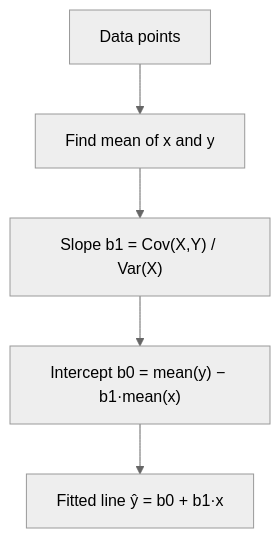
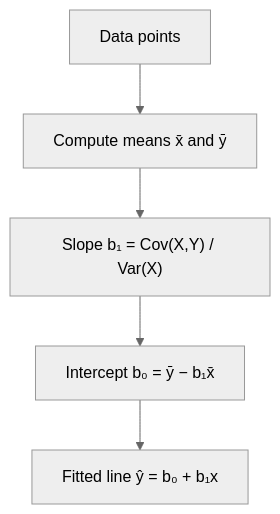
One commit to mhd-riaz/data-scientist-roadmap changed the sixth of 10 diagrams in semester-1/05-supervised-ml-regression/notes/02-linear-regression.md. Above: the diagram before and after it, drawn with Mermaid (neutral theme). The commit also changed other lines of this file and 5 other files, not shown here.

````diff
--- a/semester-1/05-supervised-ml-regression/notes/02-linear-regression.md
+++ b/semester-1/05-supervised-ml-regression/notes/02-linear-regression.md
@@ -124,7 +272,7 @@
 ```mermaid
 flowchart TD
-    A[Data points] --> B[Find mean of x and y]
-    B --> C["Slope b1 = Cov(X,Y) / Var(X)"]
-    C --> D["Intercept b0 = mean(y) − b1·mean(x)"]
-    D --> E[Fitted line ŷ = b0 + b1·x]
+    A[Data points] --> B["Compute means x̄ and ȳ"]
+    B --> C["Slope b₁ = Cov(X,Y) / Var(X)"]
+    C --> D["Intercept b₀ = ȳ − b₁x̄"]
+    D --> E["Fitted line ŷ = b₀ + b₁x"]
 ```
````
